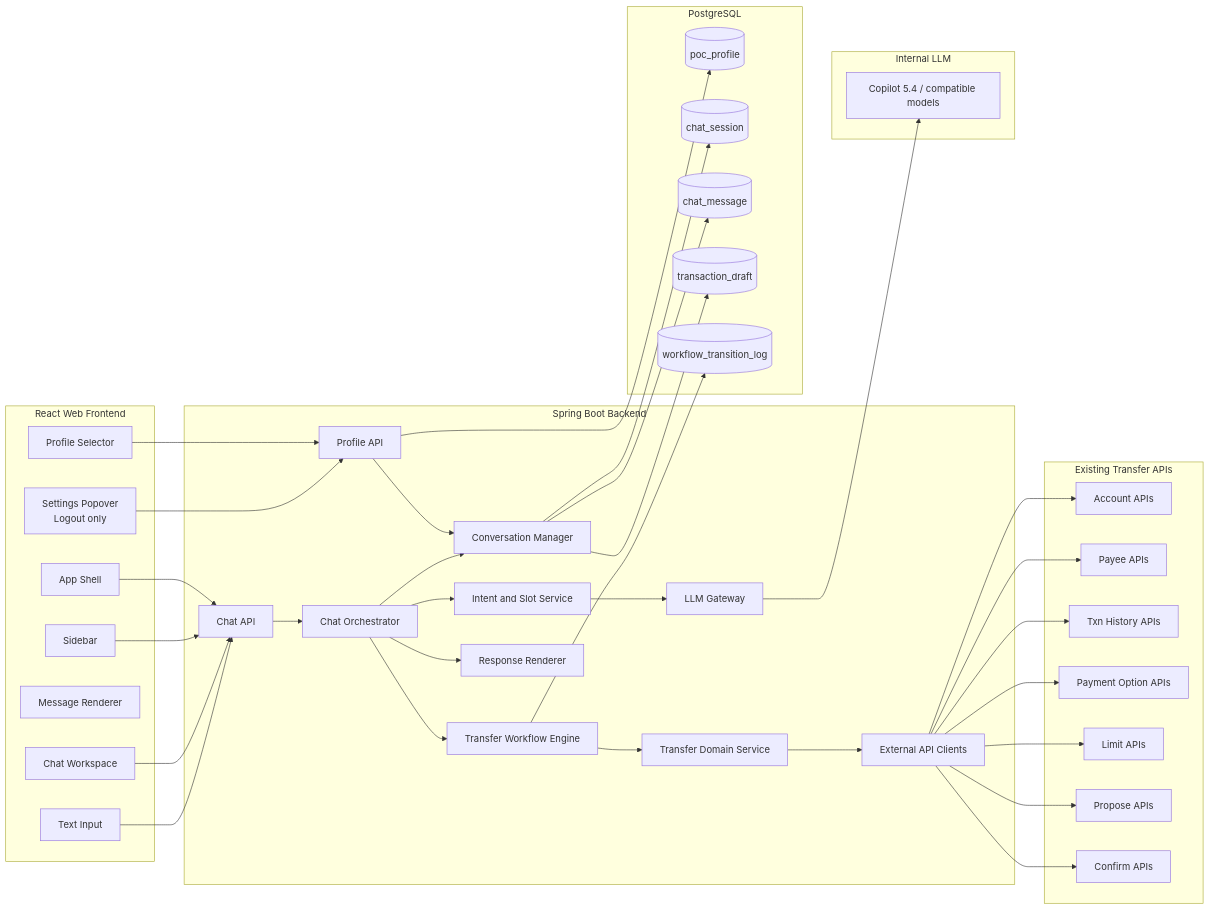
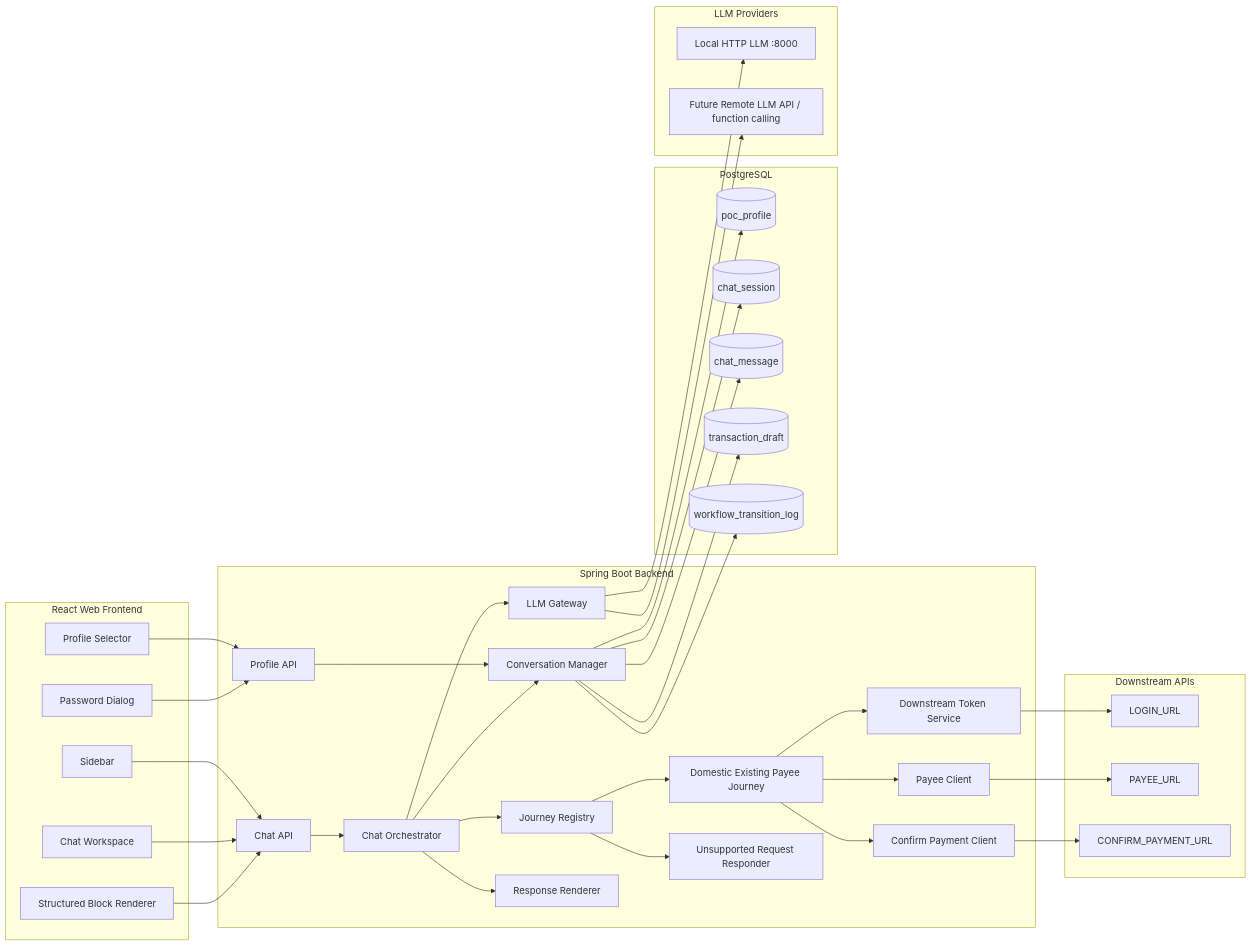
One commit to VictorZhong/chat2pay changed the first of 4 diagrams in docs/01-system_design.md. Above: the diagram before and after it, drawn with Mermaid. The commit also changed other lines of this file and 7 other files, not shown here.

````diff
--- a/docs/01-system_design.md
+++ b/docs/01-system_design.md
@@ -71,80 +82,75 @@
 ```mermaid
 flowchart LR
     subgraph FE[React Web Frontend]
         A[Profile Selector]
-        B[App Shell]
+        B[Password Dialog]
         C[Sidebar]
         D[Chat Workspace]
-        E[Message Renderer]
-        F[Text Input]
-        G[Settings Popover<br/>Logout only]
+        E[Structured Block Renderer]
     end
 
     subgraph BE[Spring Boot Backend]
-        H[Chat API]
-        I[Profile API]
-        J[Chat Orchestrator]
-        K[Conversation Manager]
-        L[Intent and Slot Service]
-        M[LLM Gateway]
-        N[Transfer Workflow Engine]
-        O[Transfer Domain Service]
-        P[Response Renderer]
-        Q[External API Clients]
+        F[Profile API]
+        G[Chat API]
+        H[Chat Orchestrator]
+        I[Journey Registry]
+        J[Domestic Existing Payee Journey]
+        K[Unsupported Request Responder]
+        L[LLM Gateway]
+        M[Downstream Token Service]
+        N[Payee Client]
+        O[Confirm Payment Client]
+        P[Conversation Manager]
+        Q[Response Renderer]
     end
 
     subgraph DB[PostgreSQL]
         R[(poc_profile)]
         S[(chat_session)]
         T[(chat_message)]
         U[(transaction_draft)]
         V[(workflow_transition_log)]
     end
 
-    subgraph LLM[Internal LLM]
-        W[Copilot 5.4 / compatible models]
+    subgraph LLM[LLM Providers]
+        W[Local HTTP LLM :8000]
+        X[Future Remote LLM API / function calling]
     end
 
-    subgraph DS[Existing Transfer APIs]
-        X[Account APIs]
-        Y[Payee APIs]
-        Z[Txn History APIs]
-        AA[Payment Option APIs]
-        AB[Limit APIs]
-        AC[Propose APIs]
-        AD[Confirm APIs]
+    subgraph DS[Downstream APIs]
+        Y[LOGIN_URL]
+        Z[PAYEE_URL]
+        AA[CONFIRM_PAYMENT_URL]
     end
 
-    A --> I
-    B --> H
-    C --> H
-    D --> H
-    F --> H
-    G --> I
+    A --> F
+    B --> F
+    C --> G
+    D --> G
+    E --> G
 
-    H --> J
+    F --> P
+    G --> H
+    H --> I
+    I --> J
     I --> K
-    J --> K
-    J --> L
-    L --> M
-    M --> W
+    H --> L
+    H --> P
+    H --> Q
 
+    J --> M
     J --> N
-    N --> O
-    O --> Q
-    J --> P
+    J --> O
+    M --> Y
+    N --> Z
+    O --> AA
 
-    K --> S
-    K --> T
-    K --> U
-    N --> V
-    I --> R
+    L --> W
+    L --> X
 
-    Q --> X
-    Q --> Y
-    Q --> Z
-    Q --> AA
-    Q --> AB
-    Q --> AC
-    Q --> AD
+    P --> R
+    P --> S
+    P --> T
+    P --> U
+    P --> V
 ```
````
